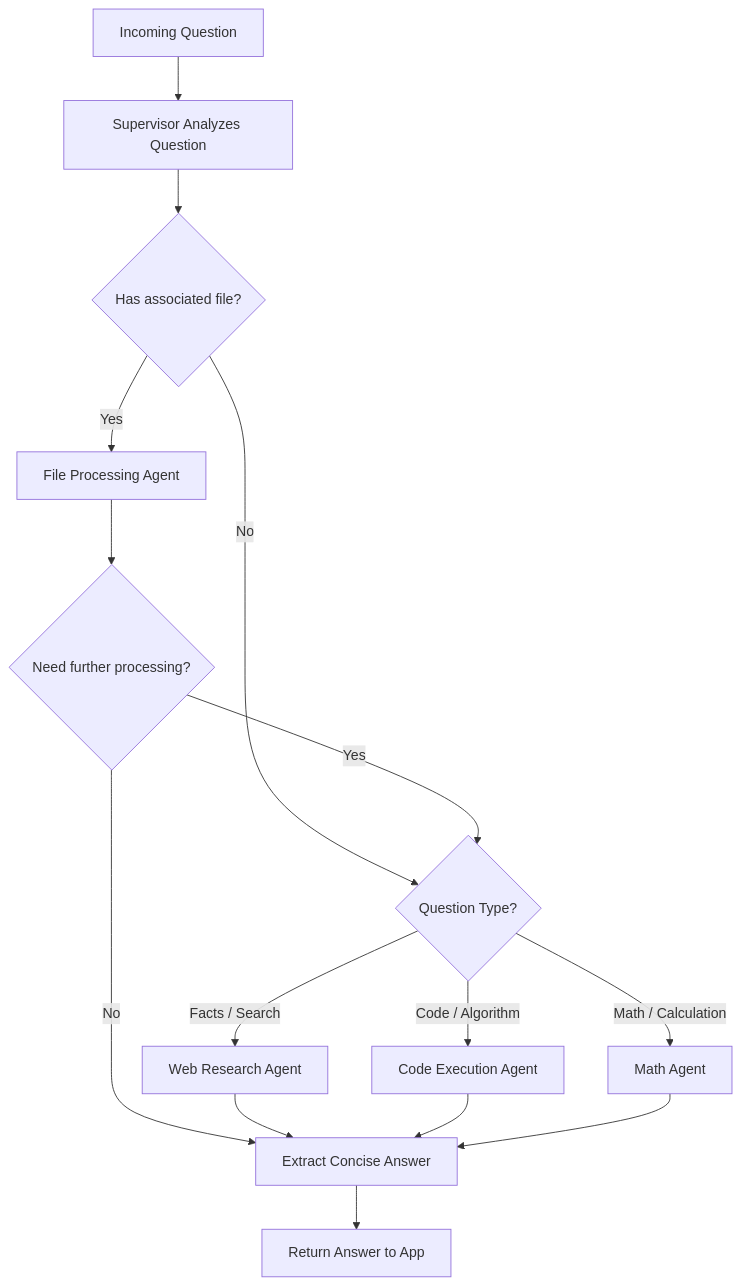
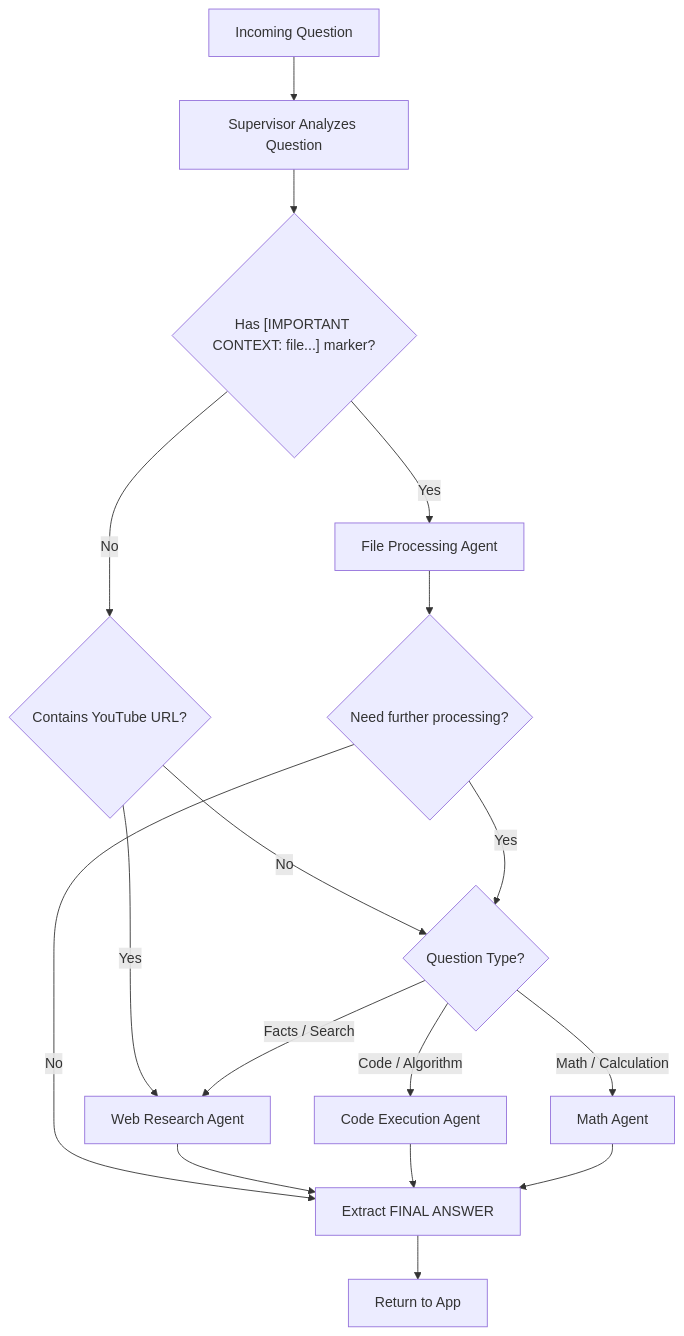
Before and after one commit to jash0803/gaia-agent: the second of 8 diagrams in ARCHITECTURE.md, drawn with Mermaid. The commit also changed other lines of this file, not shown here.

Commit message:
docs: update architecture

````diff
--- a/ARCHITECTURE.md
+++ b/ARCHITECTURE.md
@@ -23,17 +24,19 @@
 ```mermaid
 flowchart TD
     Q[Incoming Question] --> Analyze[Supervisor Analyzes Question]
-    Analyze --> HasFile{Has associated file?}
-    HasFile -->|Yes| FileAgent[File Processing Agent]
-    HasFile -->|No| Classify{Question Type?}
-    Classify -->|Facts / Search| WebAgent[Web Research Agent]
+    Analyze --> HasMarker{"Has [IMPORTANT CONTEXT: file...] marker?"}
+    HasMarker -->|Yes| FileAgent[File Processing Agent]
+    HasMarker -->|No| HasYT{Contains YouTube URL?}
+    HasYT -->|Yes| WebAgent[Web Research Agent]
+    HasYT -->|No| Classify{Question Type?}
+    Classify -->|Facts / Search| WebAgent
     Classify -->|Code / Algorithm| CodeAgent[Code Execution Agent]
     Classify -->|Math / Calculation| MathAgent[Math Agent]
     FileAgent --> NeedMore{Need further processing?}
     NeedMore -->|Yes| Classify
-    NeedMore -->|No| Extract[Extract Concise Answer]
+    NeedMore -->|No| Extract["Extract FINAL ANSWER"]
     WebAgent --> Extract
     CodeAgent --> Extract
     MathAgent --> Extract
-    Extract --> Return[Return Answer to App]
+    Extract --> Return[Return to App]
 ```
````
